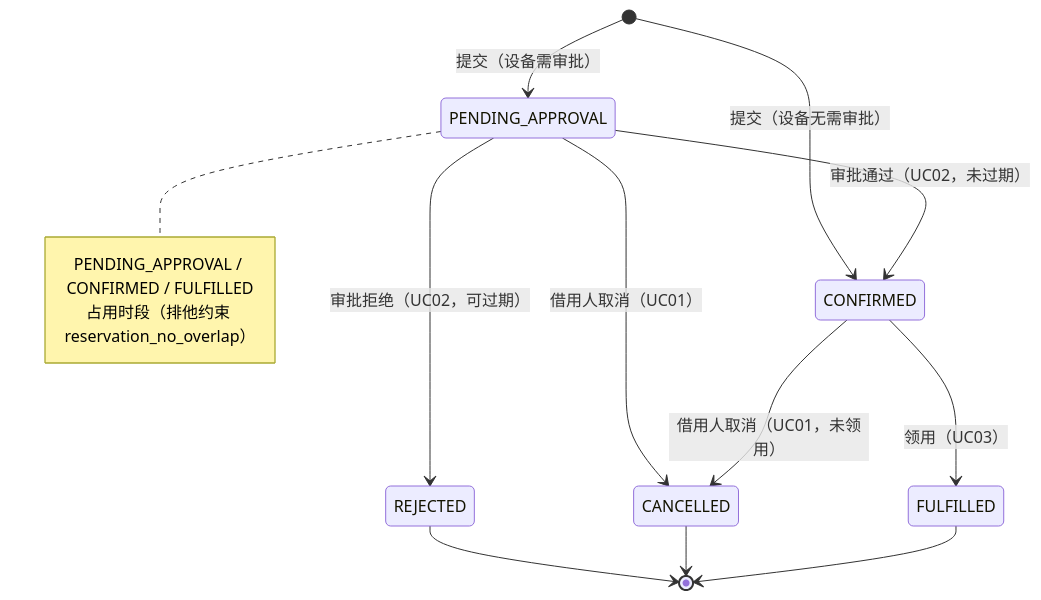
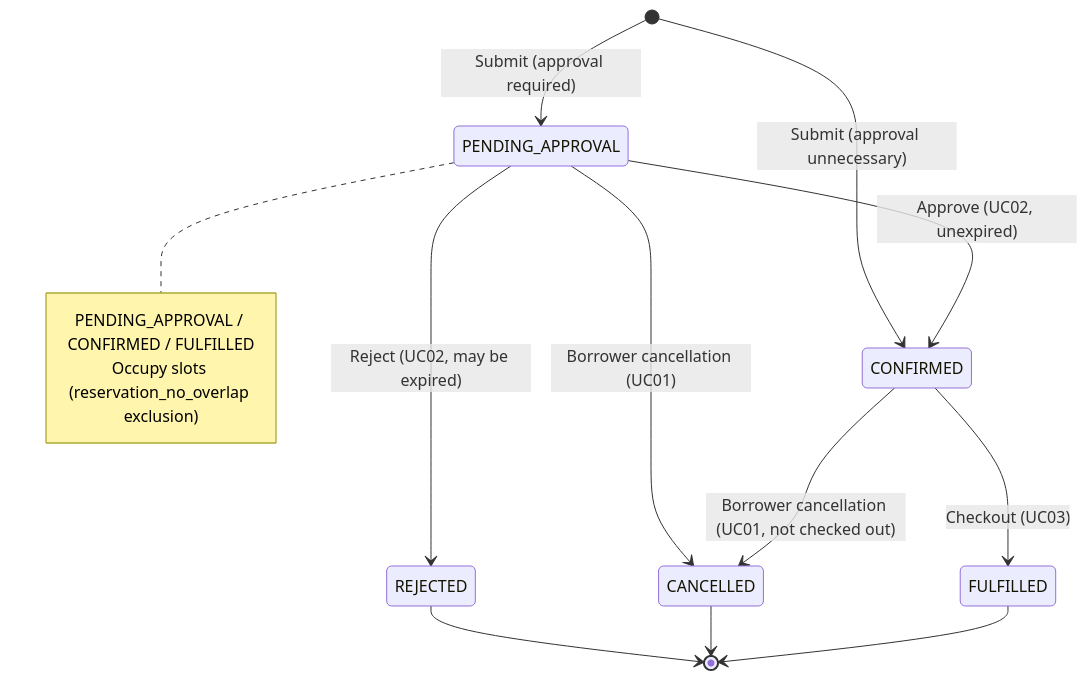
Before and after one commit to YukiOvOb/AGFP: the third of 3 diagrams in docs/uc01-search-and-reserve.md, drawn with Mermaid. The commit also changed other lines of this file and 50 other files, not shown here.

````diff
--- a/docs/uc01-search-and-reserve.md
+++ b/docs/uc01-search-and-reserve.md
@@ -119,17 +119,17 @@
 ```mermaid
 stateDiagram-v2
-  [*] --> CONFIRMED: 提交（设备无需审批）
-  [*] --> PENDING_APPROVAL: 提交（设备需审批）
-  PENDING_APPROVAL --> CONFIRMED: 审批通过（UC02，未过期）
-  PENDING_APPROVAL --> REJECTED: 审批拒绝（UC02，可过期）
-  PENDING_APPROVAL --> CANCELLED: 借用人取消（UC01）
-  CONFIRMED --> CANCELLED: 借用人取消（UC01，未领用）
-  CONFIRMED --> FULFILLED: 领用（UC03）
+  [*] --> CONFIRMED: Submit (approval unnecessary)
+  [*] --> PENDING_APPROVAL: Submit (approval required)
+  PENDING_APPROVAL --> CONFIRMED: Approve (UC02, unexpired)
+  PENDING_APPROVAL --> REJECTED: Reject (UC02, may be expired)
+  PENDING_APPROVAL --> CANCELLED: Borrower cancellation (UC01)
+  CONFIRMED --> CANCELLED: Borrower cancellation (UC01, not checked out)
+  CONFIRMED --> FULFILLED: Checkout (UC03)
   REJECTED --> [*]
   CANCELLED --> [*]
   FULFILLED --> [*]
   note right of PENDING_APPROVAL
     PENDING_APPROVAL / CONFIRMED / FULFILLED
-    占用时段（排他约束 reservation_no_overlap）
+    Occupy slots (reservation_no_overlap exclusion)
   end note
 ```
````
